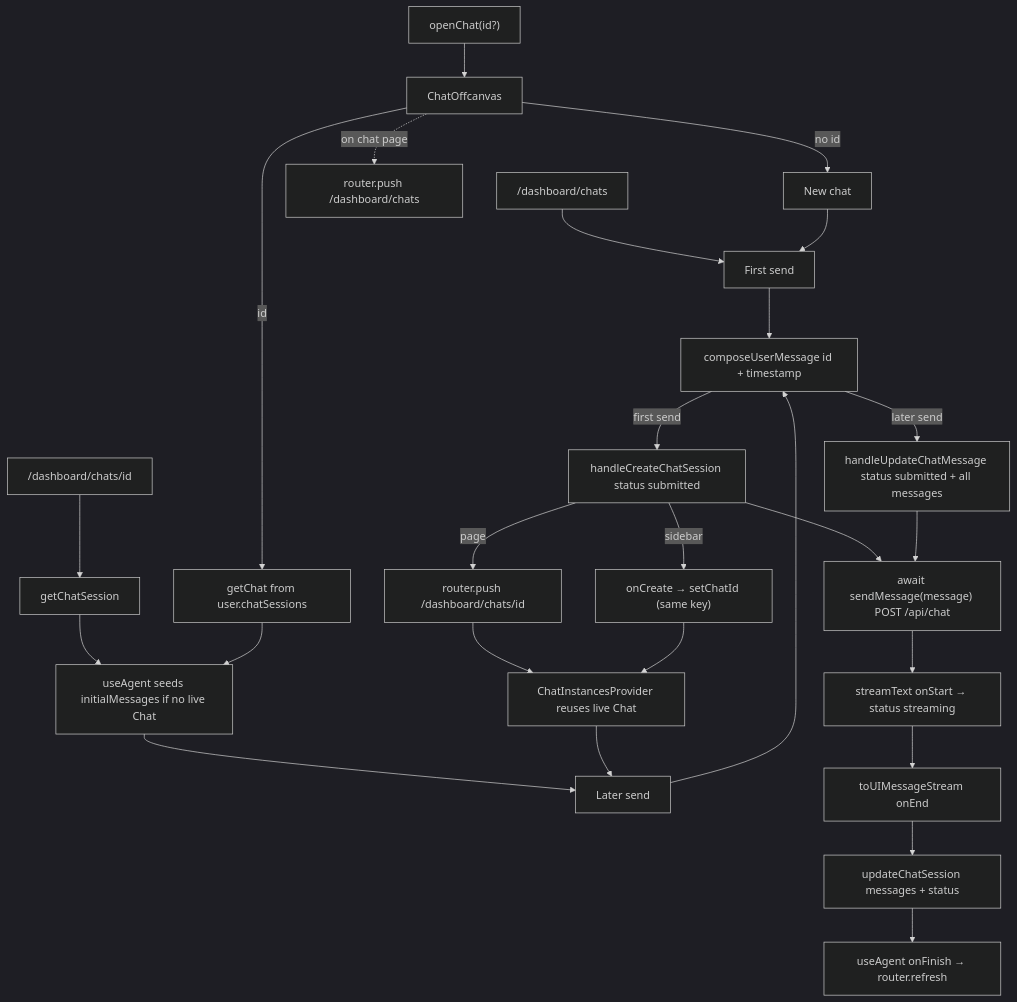
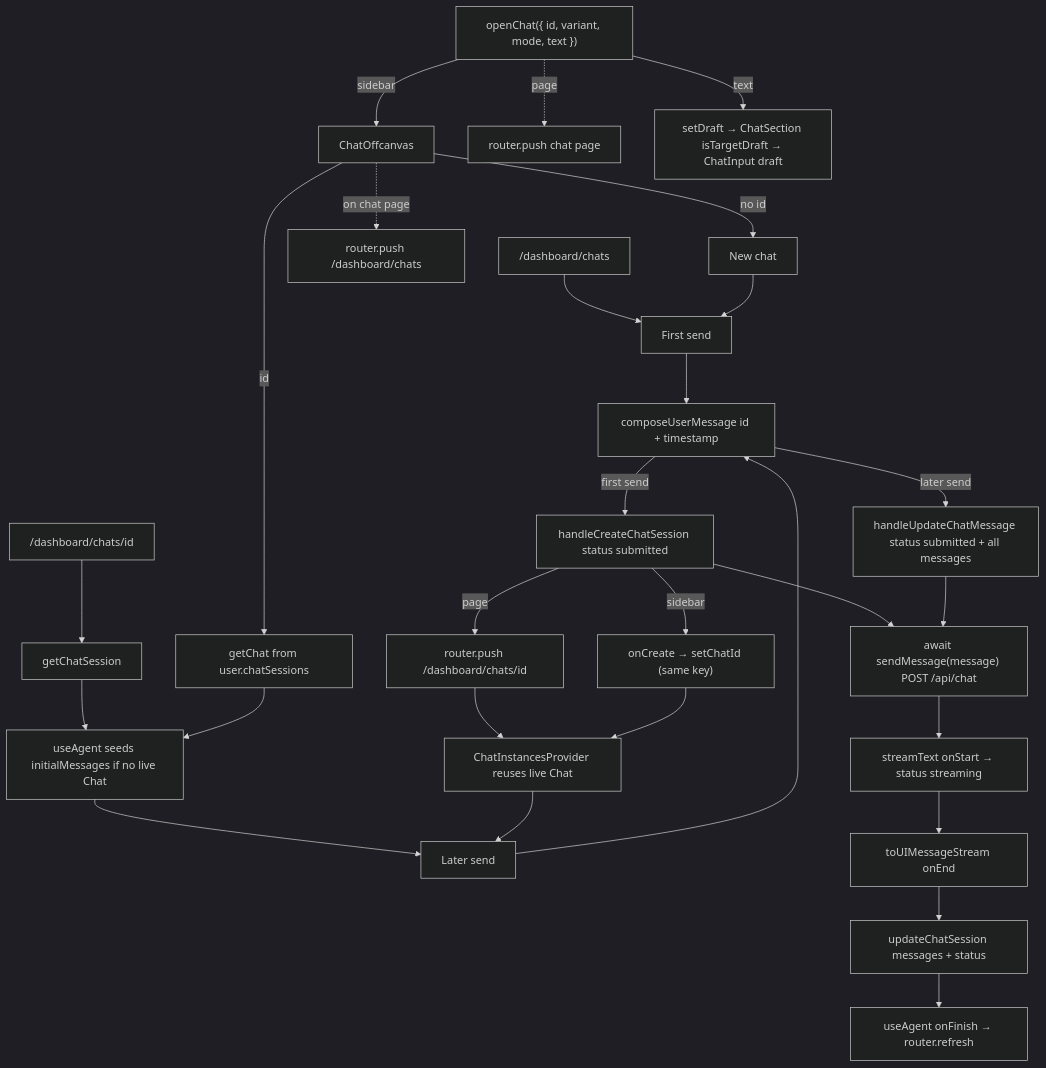
One commit to brandon-cercedo/root-next-template changed the first of 4 diagrams in docs/chatbot.md. Above: the diagram before and after it, drawn with Mermaid (dark theme). The commit also changed other lines of this file and 18 other files, not shown here.

First line of the commit message:
feat(RNT-44): send command palette search to a new sidebar chat (#74)

````diff
--- a/docs/chatbot.md
+++ b/docs/chatbot.md
@@ -57,28 +57,30 @@
 ```mermaid
 flowchart TD
   NewChat["/dashboard/chats"] --> FirstSend["First send"]
   Existing["/dashboard/chats/id"] --> Load["getChatSession"]
   Load --> Seed["useAgent seeds initialMessages if no live Chat"]
-  OpenChat["openChat(id?)"] --> ChatSidebar["ChatOffcanvas"]
+  OpenChat["openChat({ id, variant, mode, text })"] -->|sidebar| ChatSidebar["ChatOffcanvas"]
+  OpenChat -.->|page| ChatPage["router.push chat page"]
+  OpenChat -->|text| Draft["setDraft → ChatSection isTargetDraft → ChatInput draft"]
   ChatSidebar -.->|on chat page| Redirect["router.push /dashboard/chats"]
   ChatSidebar -->|id| SidebarExisting["getChat from user.chatSessions"]
   ChatSidebar -->|no id| SidebarNew["New chat"]
   SidebarNew --> FirstSend
   SidebarExisting --> Seed
   Seed --> LaterSend["Later send"]
   FirstSend --> Compose["composeUserMessage id + timestamp"]
   LaterSend --> Compose
   Compose -->|first send| Create["handleCreateChatSession status submitted"]
   Compose -->|later send| Update["handleUpdateChatMessage status submitted + all messages"]
   Create --> Send["await sendMessage(message) POST /api/chat"]
   Update --> Send
   Send --> OnStart["streamText onStart → status streaming"]
   OnStart --> OnEnd["toUIMessageStream onEnd"]
   OnEnd --> Persist["updateChatSession messages + status"]
   Persist --> Refresh["useAgent onFinish → router.refresh"]
   Create -->|page| Push["router.push /dashboard/chats/id"]
   Create -->|sidebar| OnCreate["onCreate → setChatId (same key)"]
   Push --> Reuse["ChatInstancesProvider reuses live Chat"]
   OnCreate --> Reuse
   Reuse --> LaterSend
 ```
````
